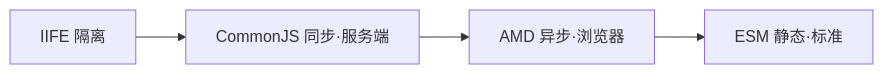
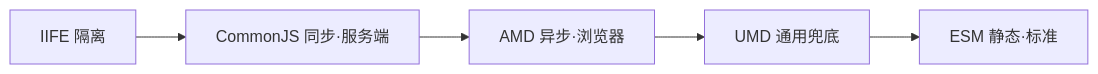
Before and after one commit to inspire-man/frontend-knowledge-base: the diagram in frontend-knowledge-base/卷五-构建与工程化/5.1-模块化演进.md, drawn with Mermaid. The commit also changed other lines of this file, not shown here.

Commit message:
docs: 卷五 5.1 深度扩展(150→~300 行:五方案全代码/UMD/AMD/痛点背景/8题)

````diff
--- a/frontend-knowledge-base/卷五-构建与工程化/5.1-模块化演进.md
+++ b/frontend-knowledge-base/卷五-构建与工程化/5.1-模块化演进.md
@@ -18,6 +137,7 @@
 ```mermaid
 flowchart LR
     A[IIFE 隔离] --> B[CommonJS 同步·服务端]
     B --> C[AMD 异步·浏览器]
-    C --> D[ESM 静态·标准]
+    C --> D[UMD 通用兜底]
+    D --> E[ESM 静态·标准]
 ```
````
